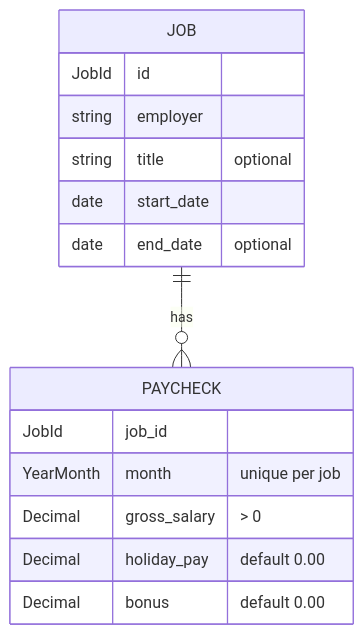
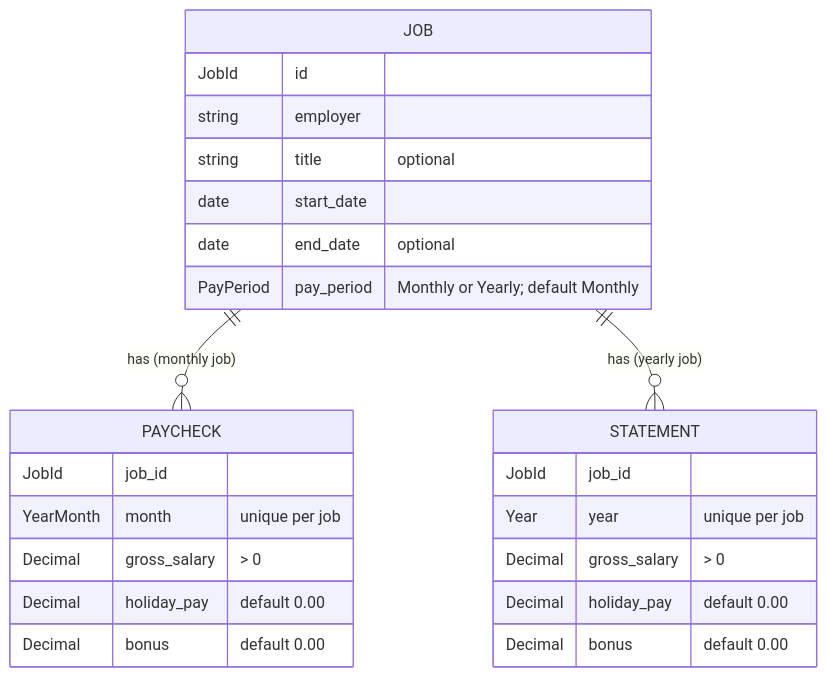
One commit to BardoelT/personal-finance changed the second of 2 diagrams in docs/csd/CSD-001-employment-income.md. Above: the diagram before and after it, drawn with Mermaid. The commit also changed other lines of this file and 1 other file, not shown here.

Commit message:
added annual statement feature to CSD

````diff
--- a/docs/csd/CSD-001-employment-income.md
+++ b/docs/csd/CSD-001-employment-income.md
@@ -421,18 +645,27 @@
 ```mermaid
 erDiagram
-    JOB ||--o{ PAYCHECK : has
+    JOB ||--o{ PAYCHECK : "has (monthly job)"
+    JOB ||--o{ STATEMENT : "has (yearly job)"
     JOB {
         JobId id
         string employer
         string title "optional"
         date start_date
         date end_date "optional"
+        PayPeriod pay_period "Monthly or Yearly; default Monthly"
     }
     PAYCHECK {
         JobId job_id
         YearMonth month "unique per job"
         Decimal gross_salary "> 0"
         Decimal holiday_pay "default 0.00"
         Decimal bonus "default 0.00"
     }
+    STATEMENT {
+        JobId job_id
+        Year year "unique per job"
+        Decimal gross_salary "> 0"
+        Decimal holiday_pay "default 0.00"
+        Decimal bonus "default 0.00"
+    }
 ```
````
